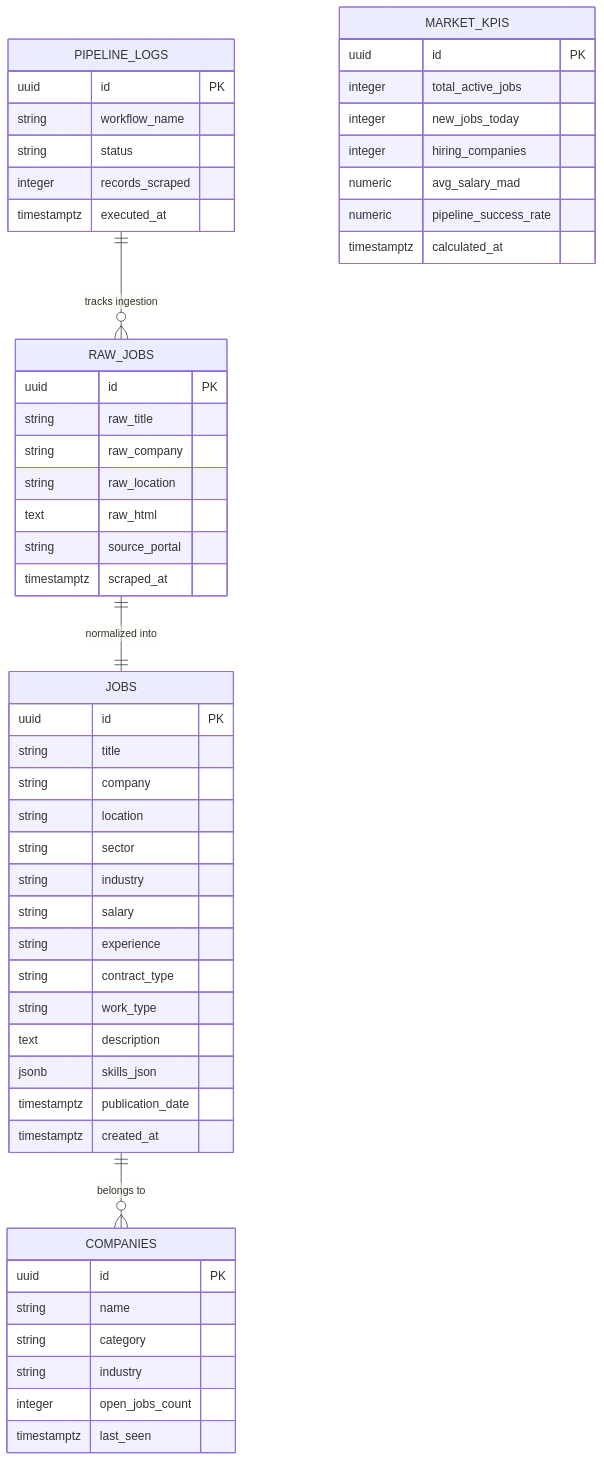
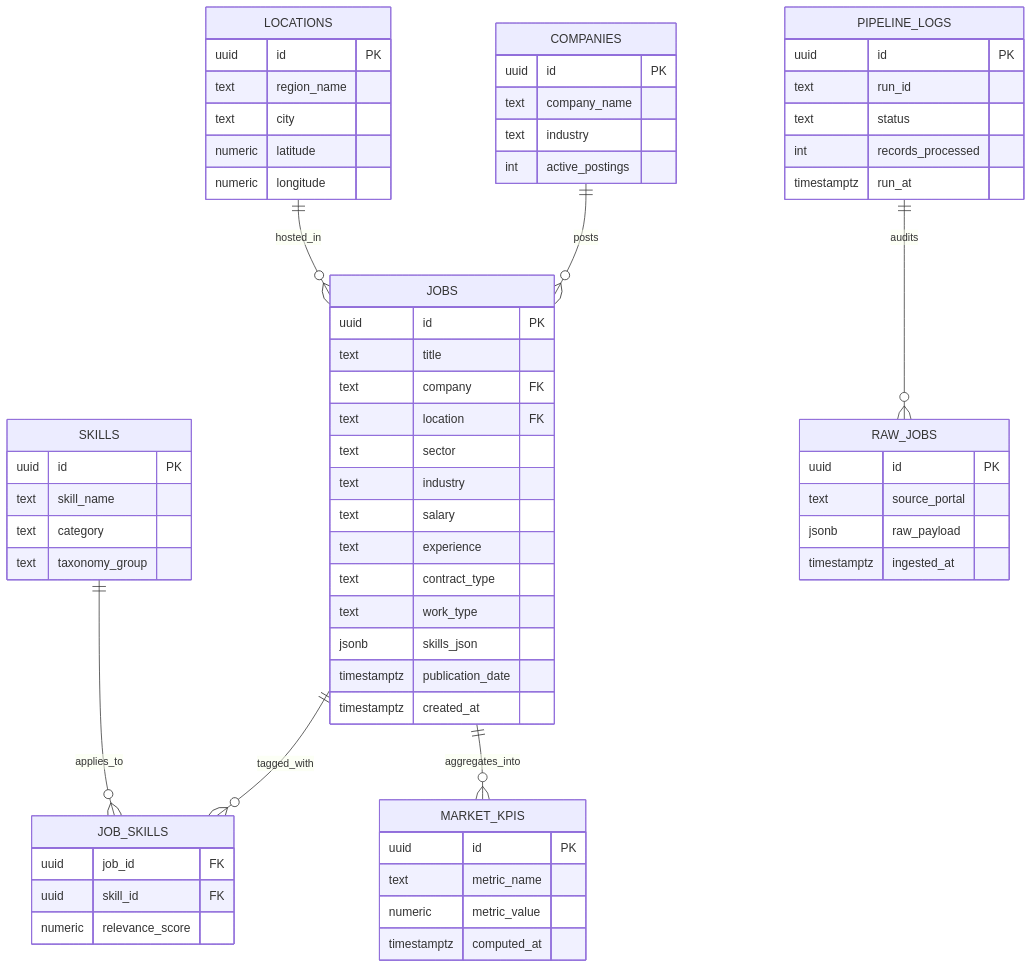
Before and after one commit to zakariabahtani35-prog/morocco-employment-intelligence-platform: the second of 4 diagrams in README.md, drawn with Mermaid. The commit also changed other lines of this file, not shown here.

````diff
--- a/README.md
+++ b/README.md
@@ -89,60 +121,75 @@
 ```mermaid
 erDiagram
+    JOBS ||--o{ JOB_SKILLS : "tagged_with"
+    SKILLS ||--o{ JOB_SKILLS : "applies_to"
+    COMPANIES ||--o{ JOBS : "posts"
+    LOCATIONS ||--o{ JOBS : "hosted_in"
+    JOBS ||--o{ MARKET_KPIS : "aggregates_into"
+    PIPELINE_LOGS ||--o{ RAW_JOBS : "audits"
+
     JOBS {
         uuid id PK
-        string title
-        string company
-        string location
-        string sector
-        string industry
-        string salary
-        string experience
-        string contract_type
-        string work_type
-        text description
+        text title
+        text company FK
+        text location FK
+        text sector
+        text industry
+        text salary
+        text experience
+        text contract_type
+        text work_type
         jsonb skills_json
         timestamptz publication_date
         timestamptz created_at
     }
 
-    RAW_JOBS {
+    SKILLS {
         uuid id PK
-        string raw_title
-        string raw_company
-        string raw_location
-        text raw_html
-        string source_portal
-        timestamptz scraped_at
+        text skill_name
+        text category
+        text taxonomy_group
+    }
+
+    JOB_SKILLS {
+        uuid job_id FK
+        uuid skill_id FK
+        numeric relevance_score
     }
 
     COMPANIES {
         uuid id PK
-        string name
-        string category
-        string industry
-        integer open_jobs_count
-        timestamptz last_seen
+        text company_name
+        text industry
+        int active_postings
+    }
+
+    LOCATIONS {
+        uuid id PK
+        text region_name
+        text city
+        numeric latitude
+        numeric longitude
+    }
+
+    MARKET_KPIS {
+        uuid id PK
+        text metric_name
+        numeric metric_value
+        timestamptz computed_at
+    }
+
+    RAW_JOBS {
+        uuid id PK
+        text source_portal
+        jsonb raw_payload
+        timestamptz ingested_at
     }
 
     PIPELINE_LOGS {
         uuid id PK
-        string workflow_name
-        string status
-        integer records_scraped
-        timestamptz executed_at
+        text run_id
+        text status
+        int records_processed
+        timestamptz run_at
     }
-
-    MARKET_KPIS {
-        uuid id PK
-        integer total_active_jobs
-        integer new_jobs_today
-        integer hiring_companies
-        numeric avg_salary_mad
-        numeric pipeline_success_rate
-        timestamptz calculated_at
-    }
-
-    JOBS ||--o{ COMPANIES : "belongs to"
-    RAW_JOBS ||--|| JOBS : "normalized into"
-    PIPELINE_LOGS ||--o{ RAW_JOBS : "tracks ingestion"
 ```
````
